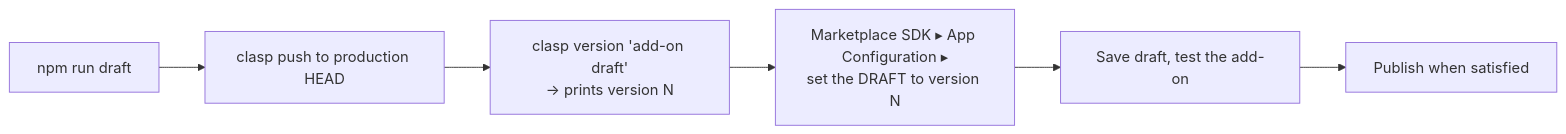
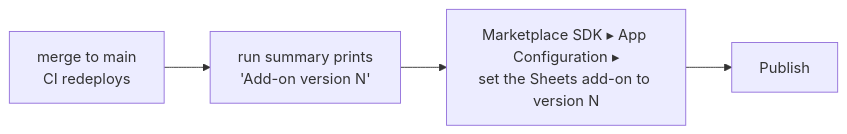
One commit to Bisse123/The-Tower-App-Script changed the third of 4 diagrams in documentation/07-deployment.md. Above: the diagram before and after it, drawn with Mermaid. The commit also changed other lines of this file and 12 other files, not shown here.

First line of the commit message:
Document deployment flow and report add-on version

````diff
--- a/documentation/07-deployment.md
+++ b/documentation/07-deployment.md
@@ -294,8 +311,6 @@
 ```mermaid
 flowchart LR
-    A["npm run draft"] --> B["clasp push to production HEAD"]
-    B --> C["clasp version 'add-on draft'<br/>→ prints version N"]
-    C --> D["Marketplace SDK ▸ App Configuration ▸<br/>set the DRAFT to version N"]
-    D --> E["Save draft, test the add-on"]
-    E --> F["Publish when satisfied"]
+    A["merge to main<br/>CI redeploys"] --> B["run summary prints<br/>'Add-on version N'"]
+    B --> C["Marketplace SDK ▸ App Configuration ▸<br/>set the Sheets add-on to version N"]
+    C --> D["Publish"]
 ```
````
